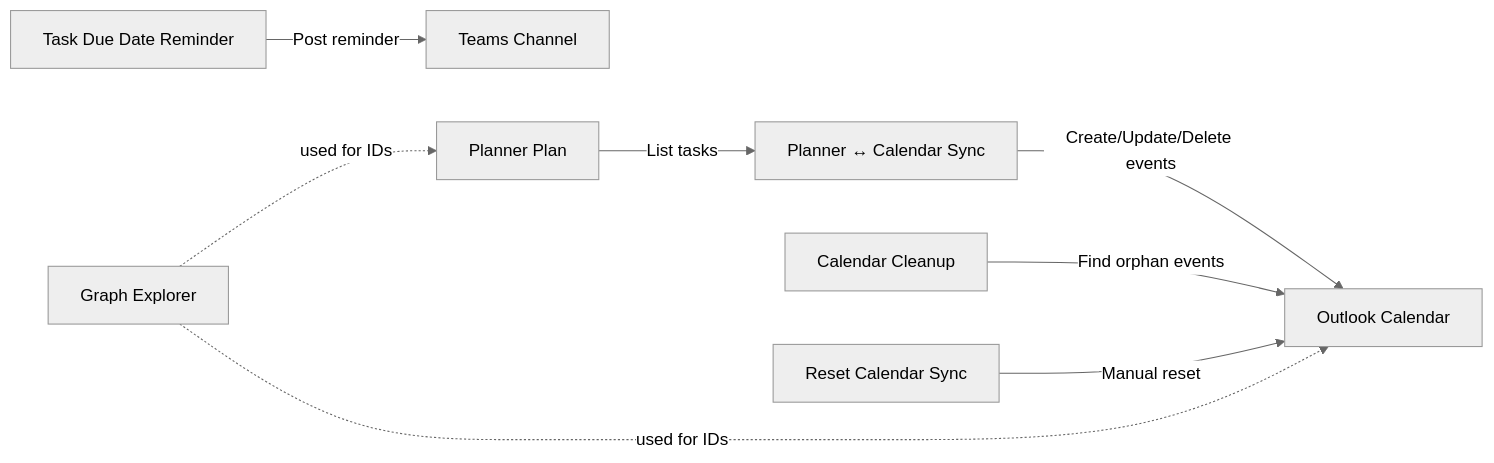
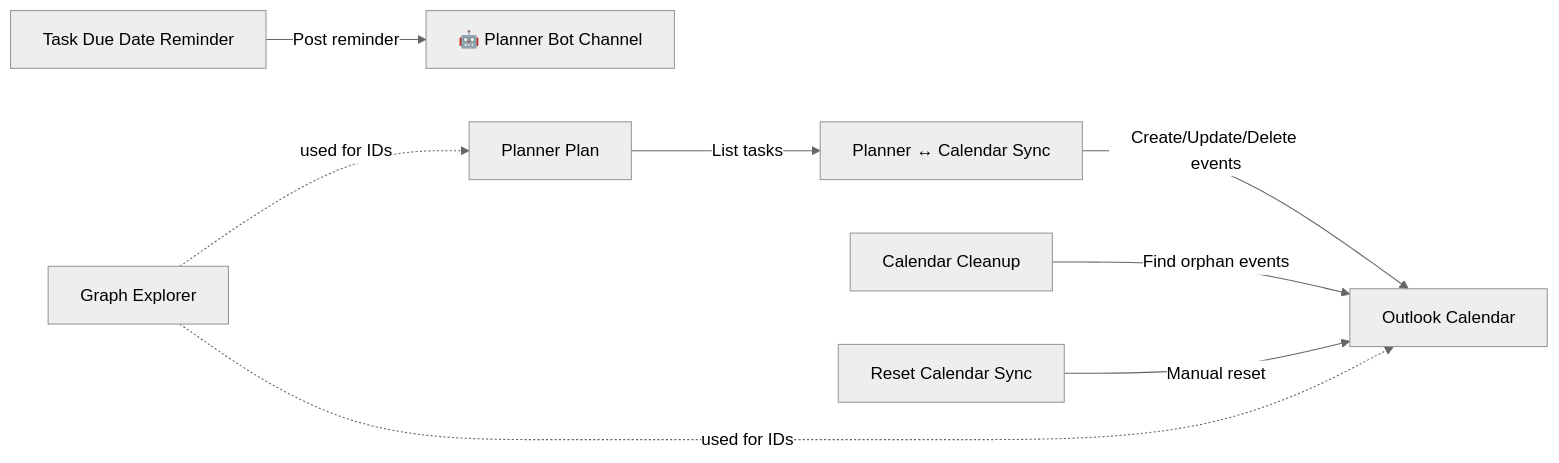
Before and after one commit to mormegil6/ms-planner-calendar-sync: the diagram in README.md, drawn with Mermaid (neutral theme). The commit also changed other lines of this file, not shown here.

````diff
--- a/README.md
+++ b/README.md
@@ -31,11 +31,11 @@
 ```mermaid
 flowchart LR
 	A[Planner Plan] -->|List tasks| B[Planner ↔ Calendar Sync]
 	B -->|Create/Update/Delete events| C[Outlook Calendar]
 	D[Calendar Cleanup] -->|Find orphan events| C
 	E[Reset Calendar Sync] -->|Manual reset| C
-	F[Task Due Date Reminder] -->|Post reminder| G[Teams Channel]
+F[Task Due Date Reminder] -->|Post reminder| G[🤖 Planner Bot Channel]
 
 	H[Graph Explorer] -. used for IDs .-> A
 	H -. used for IDs .-> C
 ```
````
